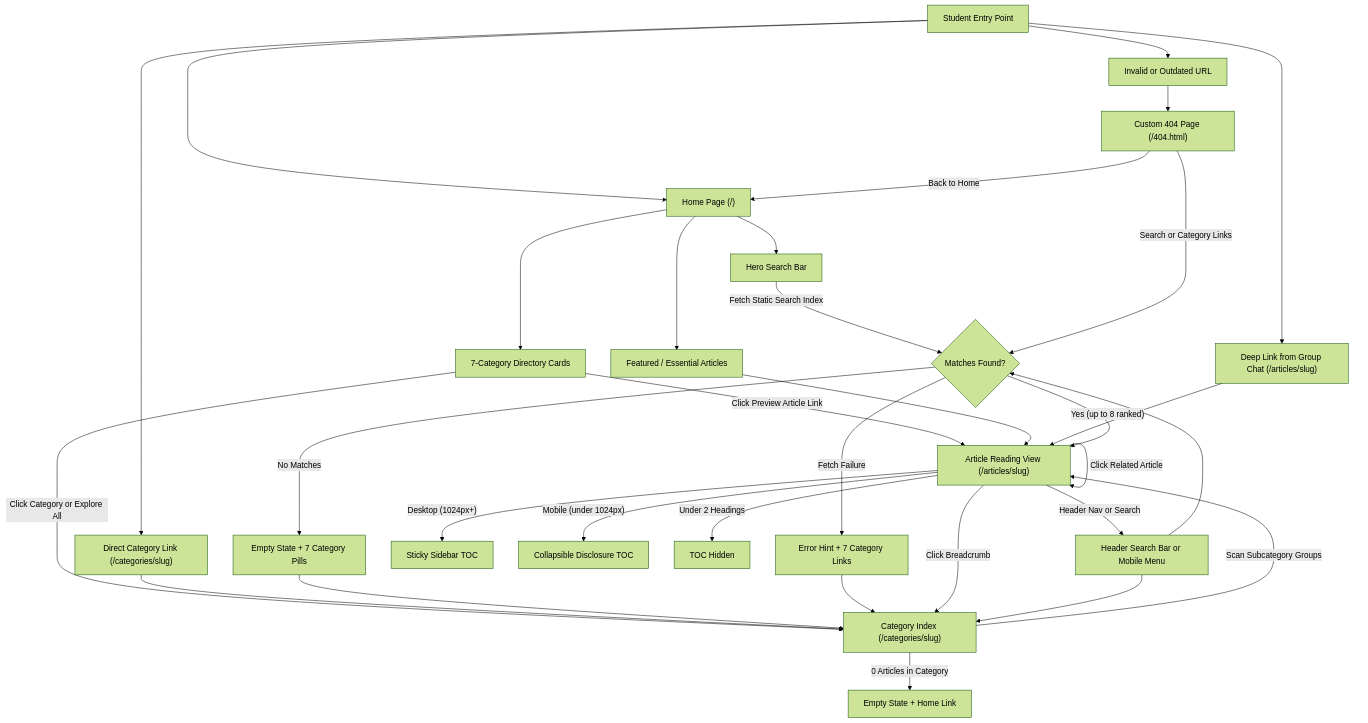
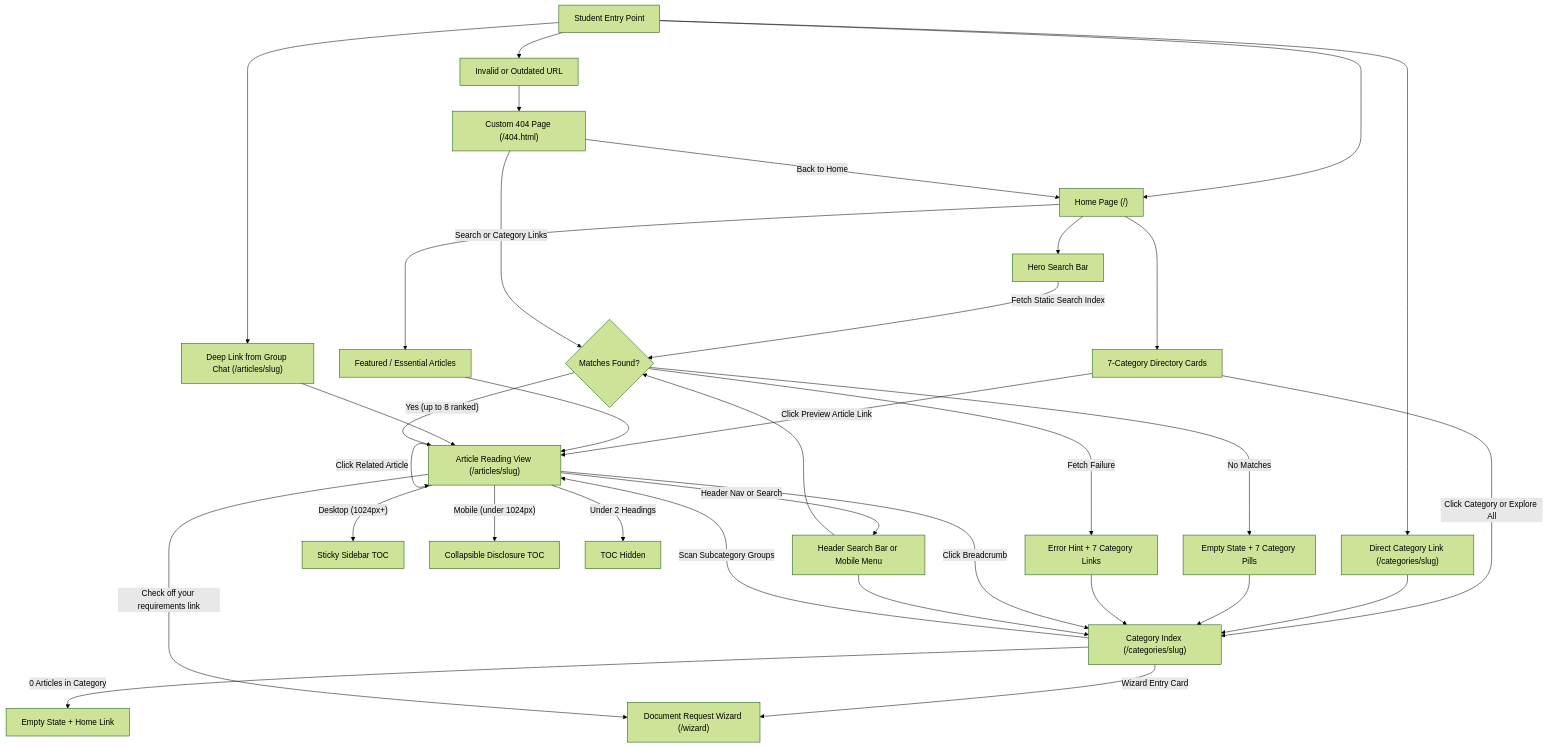
The first of 2 diagrams in docs/USER_FLOWS.md (bulsutools/geary), drawn with Mermaid (forest theme) before and after one commit. The commit also changed other lines of this file and 19 other files, not shown here.

First line of the commit message:
feat: add interactive document request wizard (/wizard)

````diff
--- a/docs/USER_FLOWS.md
+++ b/docs/USER_FLOWS.md
@@ -38,40 +39,42 @@
 ```mermaid
 flowchart TD
     ENTRY["Student Entry Point"] --> HOME["Home Page (/)"]
     ENTRY --> CAT_IN["Direct Category Link (/categories/slug)"]
     ENTRY --> ART_IN["Deep Link from Group Chat (/articles/slug)"]
     ENTRY --> BAD_URL["Invalid or Outdated URL"]
 
     HOME --> HERO_SRCH["Hero Search Bar"]
     HOME --> FEAT["Featured / Essential Articles"]
     HOME --> DIR["7-Category Directory Cards"]
 
     DIR -->|"Click Category or Explore All"| CAT_PAGE["Category Index (/categories/slug)"]
     DIR -->|"Click Preview Article Link"| ART_PAGE["Article Reading View (/articles/slug)"]
     CAT_IN --> CAT_PAGE
     FEAT --> ART_PAGE
     ART_IN --> ART_PAGE
 
     CAT_PAGE -->|"Scan Subcategory Groups"| ART_PAGE
     CAT_PAGE -->|"0 Articles in Category"| CAT_EMPTY["Empty State + Home Link"]
+    CAT_PAGE -->|"Wizard Entry Card"| WIZARD["Document Request Wizard (/wizard)"]
+    ART_PAGE -->|"Check off your requirements link"| WIZARD
 
     HERO_SRCH -->|"Fetch Static Search Index"| MATCH{"Matches Found?"}
     MATCH -->|"Yes (up to 8 ranked)"| ART_PAGE
     MATCH -->|"No Matches"| NO_MATCH["Empty State + 7 Category Pills"]
     MATCH -->|"Fetch Failure"| FETCH_ERR["Error Hint + 7 Category Links"]
     NO_MATCH --> CAT_PAGE
     FETCH_ERR --> CAT_PAGE
 
     ART_PAGE -->|"Desktop (1024px+)"| TOC_D["Sticky Sidebar TOC"]
     ART_PAGE -->|"Mobile (under 1024px)"| TOC_M["Collapsible Disclosure TOC"]
     ART_PAGE -->|"Under 2 Headings"| NO_TOC["TOC Hidden"]
     ART_PAGE -->|"Click Breadcrumb"| CAT_PAGE
     ART_PAGE -->|"Click Related Article"| ART_PAGE
     ART_PAGE -->|"Header Nav or Search"| HDR_SRCH["Header Search Bar or Mobile Menu"]
     HDR_SRCH --> MATCH
     HDR_SRCH --> CAT_PAGE
 
     BAD_URL --> P404["Custom 404 Page (/404.html)"]
     P404 -->|"Search or Category Links"| MATCH
     P404 -->|"Back to Home"| HOME
 ```
````
